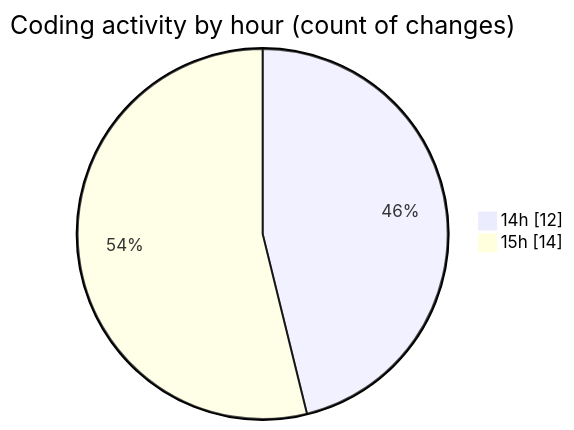
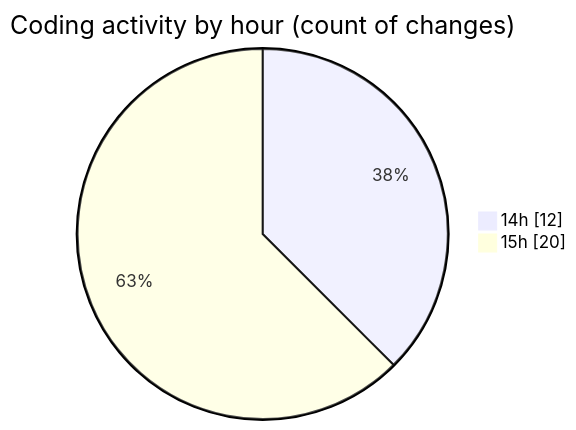
The second of 2 diagrams in 2026-04-10/cilapp/README.md (ricardozamudiocil/code-tracking), drawn with Mermaid before and after one commit. The commit also changed other lines of this file and 1 other file, not shown here.

````diff
--- a/2026-04-10/cilapp/README.md
+++ b/2026-04-10/cilapp/README.md
@@ -38,6 +38,6 @@
 ```mermaid
 pie showData
 title Coding activity by hour (count of changes)
 "14h" : 12
-"15h" : 14
+"15h" : 20
 ```
````
